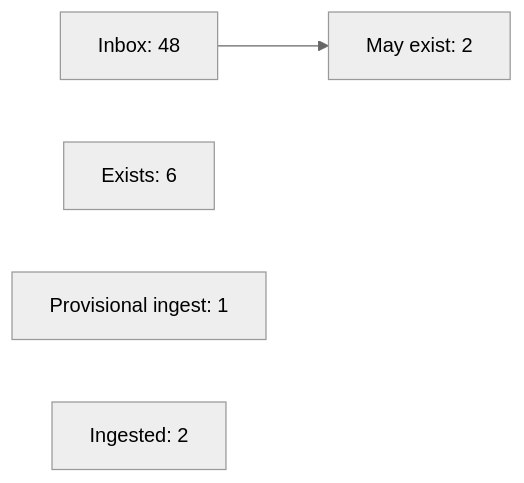
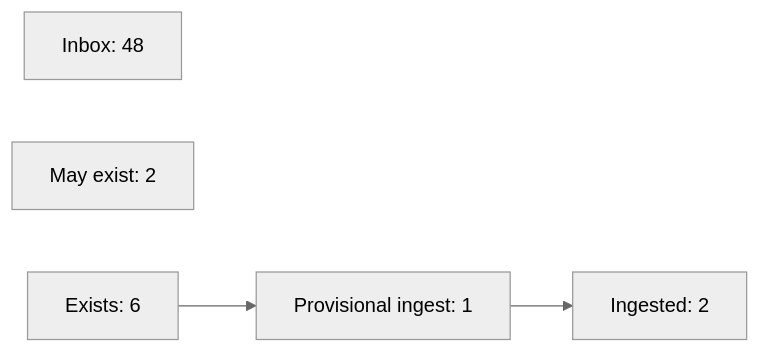
Before and after one commit to OpenPKCommons/OPKC: the diagram in README.md, drawn with Mermaid (neutral theme).

````diff
--- a/README.md
+++ b/README.md
@@ -50,9 +50,9 @@
 ```mermaid
 graph LR
 	inbox[Inbox: 48]
 	mayexist[May exist: 2]
 	exists[Exists: 6]
 	provingest[Provisional ingest: 1]
 	ingested[Ingested: 2]
-	inbox --> mayexist 
+	exists --> provingest --> ingested
 ```
````
